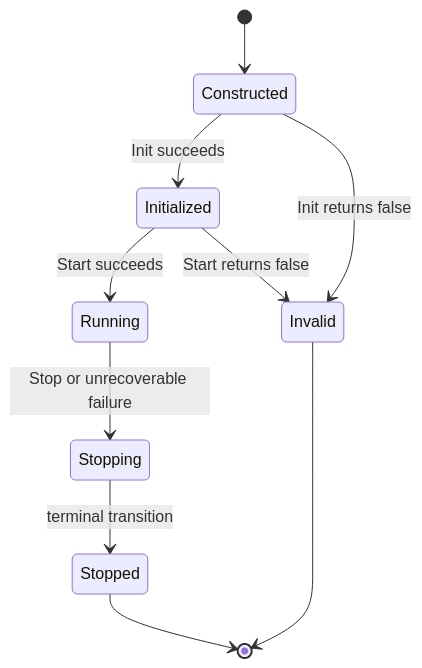
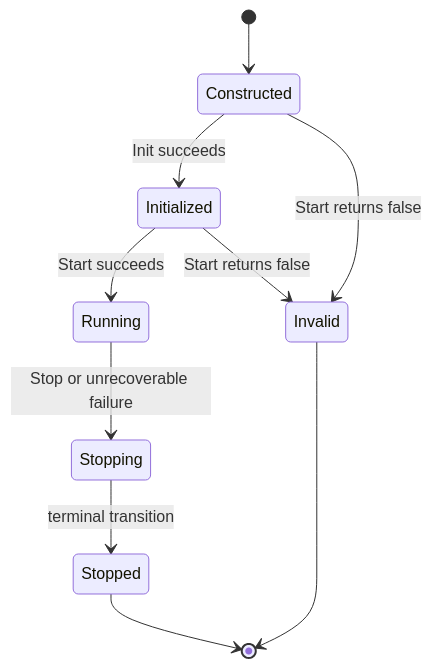
The diagram in Pontifex/Abstractions/Transports/Raw/Unreliable/Specification.md (FyodorZh/Pontifex), drawn with Mermaid before and after one commit. The commit also changed other lines of this file and 9 other files, not shown here.

````diff
--- a/Pontifex/Abstractions/Transports/Raw/Unreliable/Specification.md
+++ b/Pontifex/Abstractions/Transports/Raw/Unreliable/Specification.md
@@ -233,12 +237,12 @@
 ```mermaid
 stateDiagram-v2
     [*] --> Constructed
     Constructed --> Initialized: Init succeeds
-    Constructed --> Invalid: Init returns false
+    Constructed --> Invalid: Start returns false
     Initialized --> Running: Start succeeds
     Initialized --> Invalid: Start returns false
     Running --> Stopping: Stop or unrecoverable failure
     Stopping --> Stopped: terminal transition
     Stopped --> [*]
     Invalid --> [*]
 ```
````
